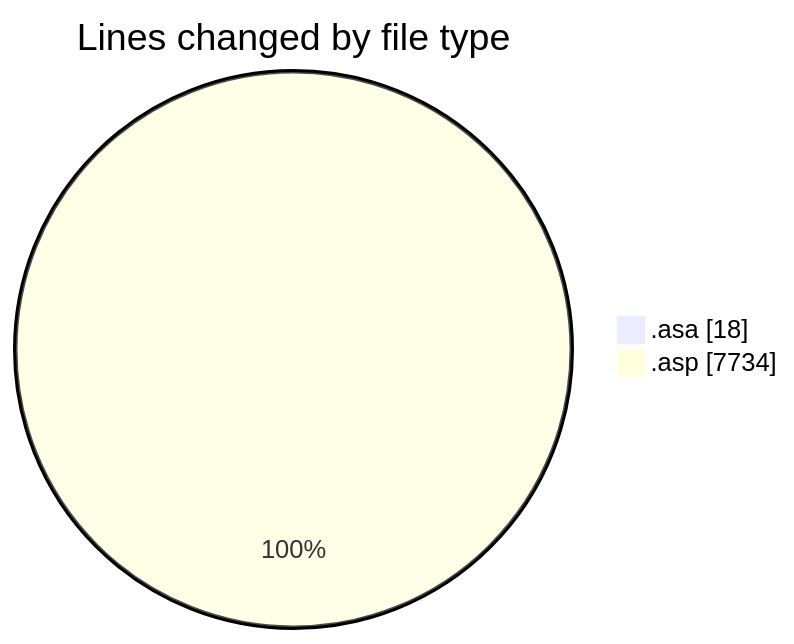
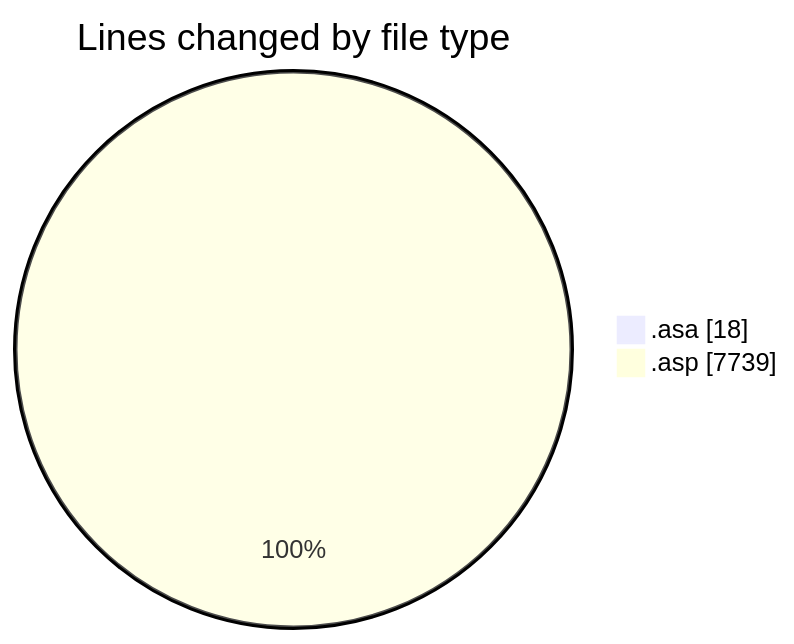
One commit to julien-gomy/code-tracking changed the first of 2 diagrams in 2025-11-06/usr_aleoudev_fr__workspace_/README.md. Above: the diagram before and after it, drawn with Mermaid. The commit also changed other lines of this file and 1 other file, not shown here.

````diff
--- a/2025-11-06/usr_aleoudev_fr__workspace_/README.md
+++ b/2025-11-06/usr_aleoudev_fr__workspace_/README.md
@@ -24,6 +24,6 @@
 ```mermaid
 pie showData
 title Lines changed by file type
 ".asa" : 18
-".asp" : 7734
+".asp" : 7739
 ```
````
